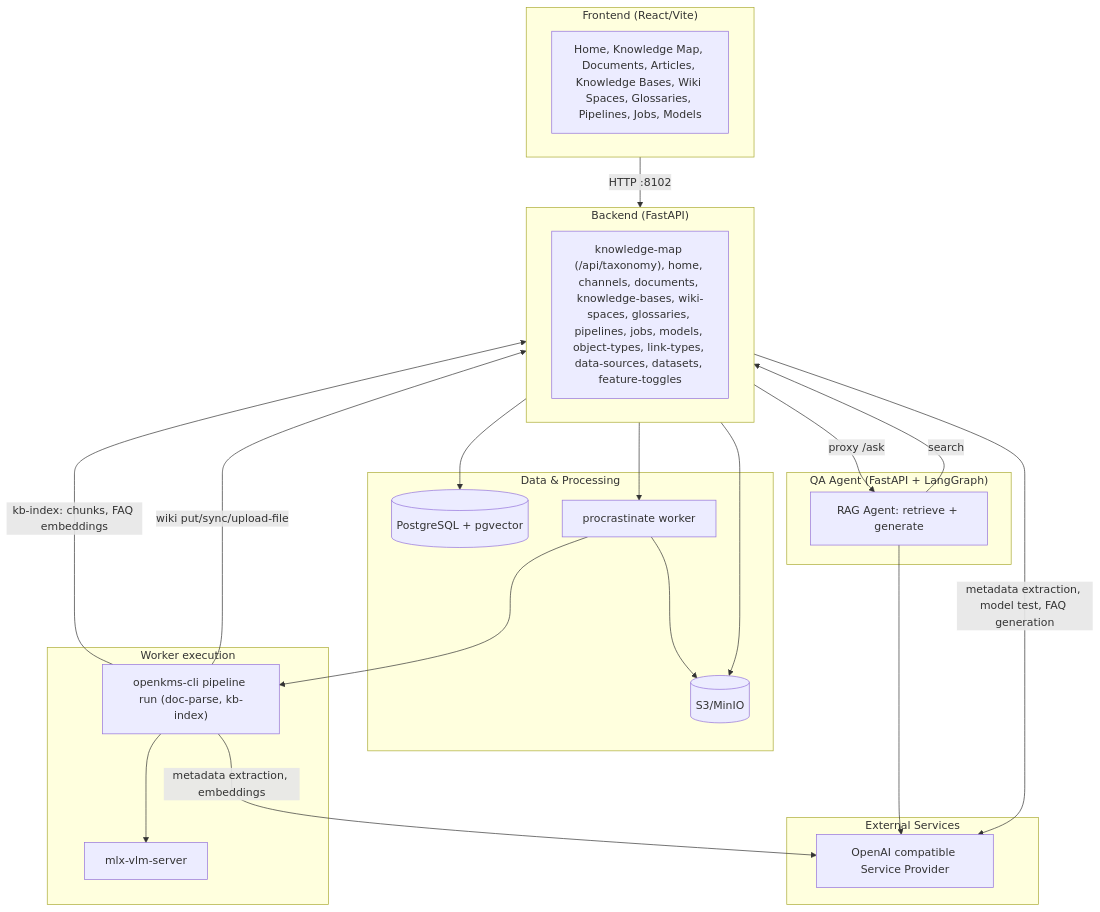
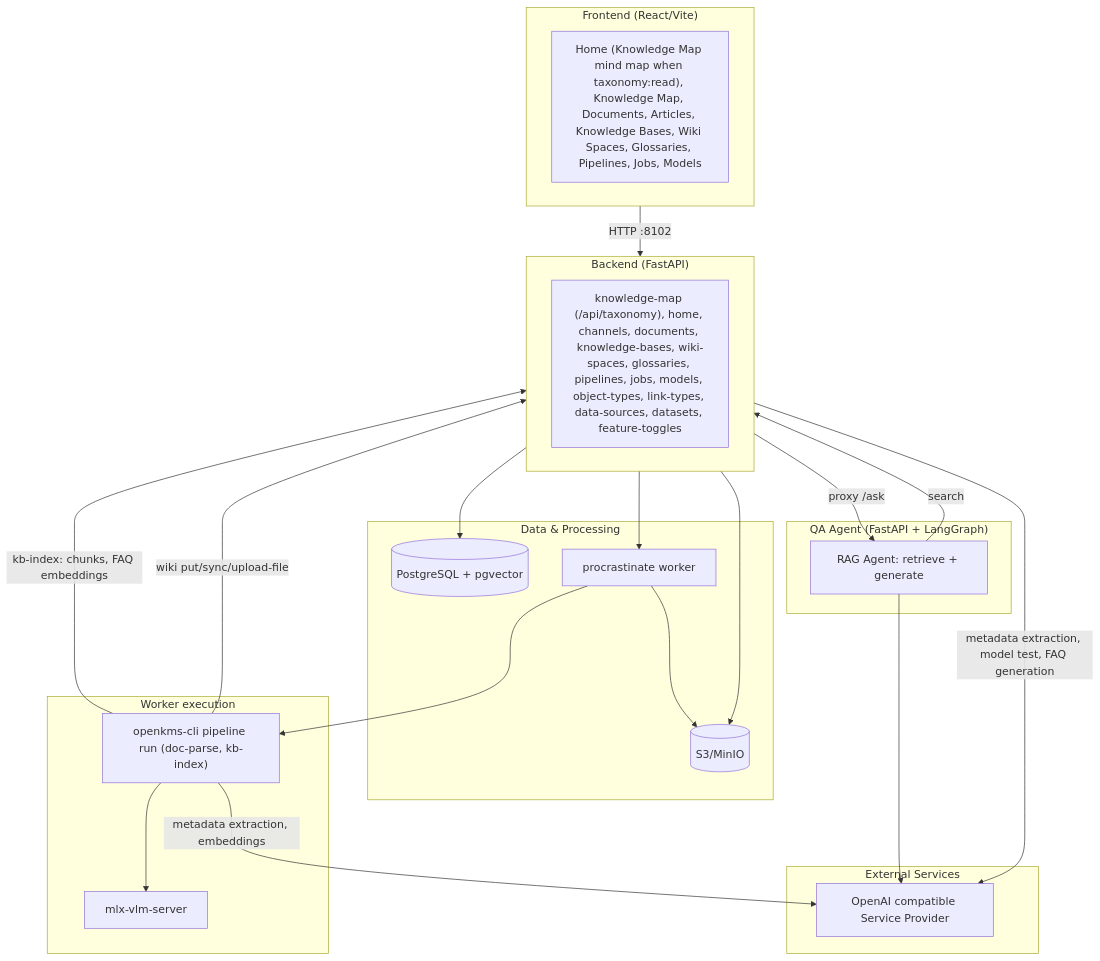
The first of 5 diagrams in docs/architecture.md (yingrui/openKMS), drawn with Mermaid before and after one commit. The commit also changed other lines of this file and 12 other files, not shown here.

First line of the commit message:
feat(home): center Knowledge Map mind map on home hub

````diff
--- a/docs/architecture.md
+++ b/docs/architecture.md
@@ -7,44 +7,44 @@
 ```mermaid
 flowchart TB
   subgraph Frontend["Frontend (React/Vite)"]
-    FE["Home, Knowledge Map, Documents, Articles, Knowledge Bases, Wiki Spaces, Glossaries, Pipelines, Jobs, Models"]
+    FE["Home (Knowledge Map mind map when taxonomy:read), Knowledge Map, Documents, Articles, Knowledge Bases, Wiki Spaces, Glossaries, Pipelines, Jobs, Models"]
   end
 
   subgraph Backend["Backend (FastAPI)"]
     API["knowledge-map (/api/taxonomy), home, channels, documents, knowledge-bases, wiki-spaces, glossaries, pipelines, jobs, models, object-types, link-types, data-sources, datasets, feature-toggles"]
   end
 
   subgraph Storage["Data & Processing"]
     PG[("PostgreSQL + pgvector")]
     S3[(S3/MinIO)]
     Worker["procrastinate worker"]
   end
 
   subgraph WorkerDetail["Worker execution"]
     CLI["openkms-cli pipeline run (doc-parse, kb-index)"]
     VLM["mlx-vlm-server"]
   end
 
   subgraph QAAgent["QA Agent (FastAPI + LangGraph)"]
     Agent["RAG Agent: retrieve + generate"]
   end
 
   subgraph External["External Services"]
     LLM["OpenAI compatible Service Provider"]
   end
 
   Frontend -->|HTTP :8102| Backend
   Backend --> PG
   Backend --> S3
   Backend --> Worker
   Backend -->|metadata extraction, model test, FAQ generation| LLM
   Backend -->|proxy /ask| Agent
   Agent -->|search| Backend
   Agent --> LLM
   Worker --> S3
   Worker --> CLI
   CLI --> VLM
   CLI -->|metadata extraction, embeddings| LLM
   CLI -->|kb-index: chunks, FAQ embeddings| Backend
   CLI -->|wiki put/sync/upload-file| Backend
 ```
````
